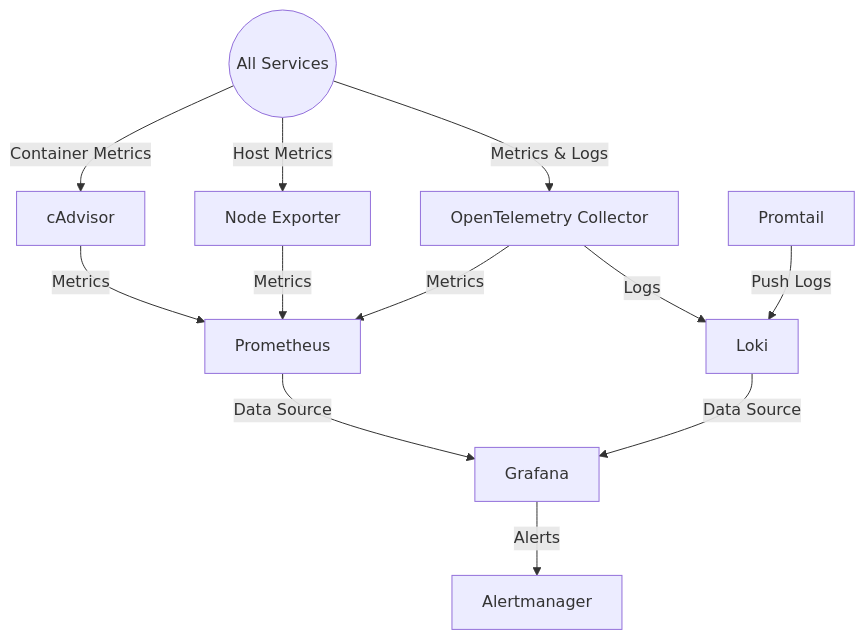
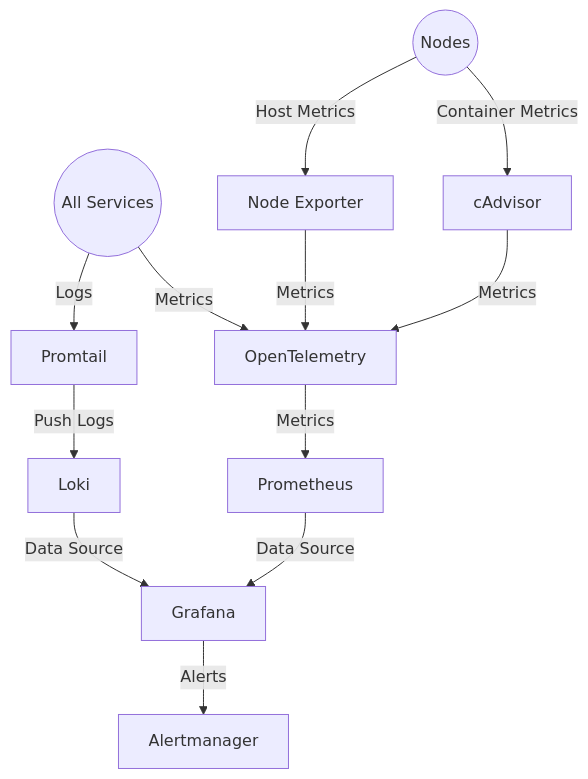
One commit to danialmd81/Code-Star-Project changed the seventh of 8 diagrams in diagrams/services-diageam.md. Above: the diagram before and after it, drawn with Mermaid. The commit also changed 7 other files, not shown here.

Commit message:
Enhance monitoring stack configuration and documentation; add OpenTelemetry, Prometheus, Grafana, and Loki services to Docker Compose, along with health checks and configurations for metrics and logs collection.

````diff
--- a/diagrams/services-diageam.md
+++ b/diagrams/services-diageam.md
@@ -135,14 +135,22 @@
 ```mermaid
 graph TD
-  AllServices((All Services)) -->|Metrics & Logs| OpenTelemetry[OpenTelemetry Collector]
-  AllServices -->|Host Metrics| NodeExporter[Node Exporter]
-  AllServices -->|Container Metrics| cAdvisor[cAdvisor]
-  Promtail[Promtail] -->|Push Logs| Loki
-  OpenTelemetry -->|Logs| Loki[Loki]
-  NodeExporter -->|Metrics| Prometheus
-  cAdvisor -->|Metrics| Prometheus
-  OpenTelemetry -->|Metrics| Prometheus[Prometheus]
-  Prometheus -->|Data Source| Grafana[Grafana]
+  Nodes((Nodes)) -->|Host Metrics| NodeExporter[Node Exporter]
+  Nodes -->|Container Metrics| cAdvisor[cAdvisor]
+  
+  AllServices((All Services)) -->|Metrics| OpenTelemetry
+  AllServices((All Services)) -->|Logs| Promtail
+
+  NodeExporter -->|Metrics| OpenTelemetry
+
+  cAdvisor -->|Metrics| OpenTelemetry
+
+  Promtail -->|Push Logs| Loki
+
+  OpenTelemetry -->|Metrics| Prometheus
+
   Loki -->|Data Source| Grafana
+
+  Prometheus -->|Data Source| Grafana
+
   Grafana -->|Alerts| AlertManager[Alertmanager]
 ```
````
